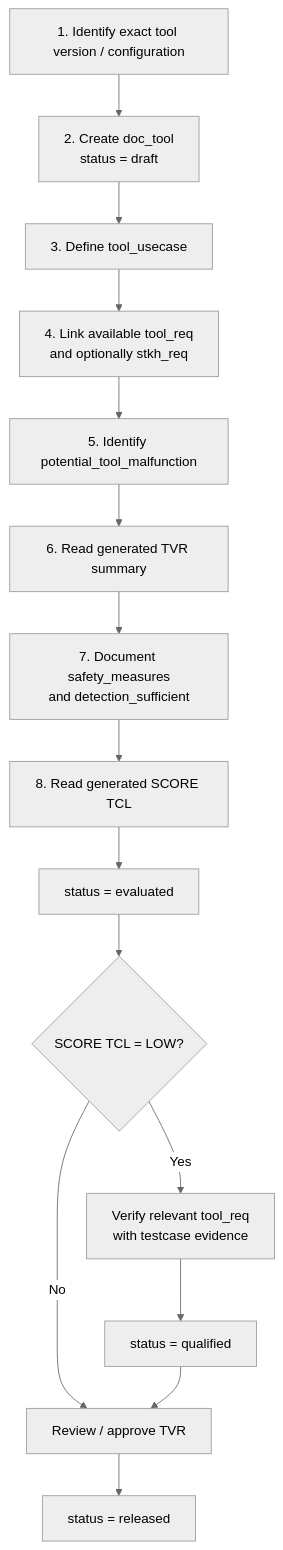
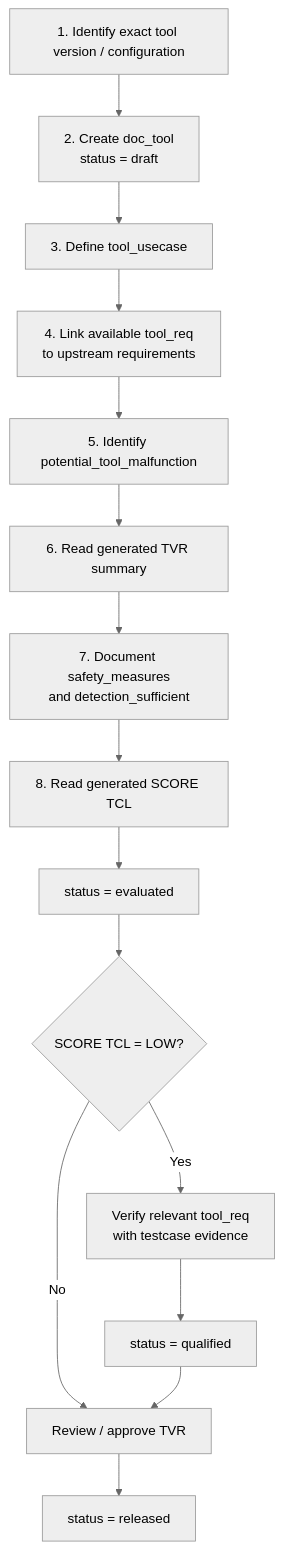
Diagram 15 of 15 in docs/how-to/perform_tool_verification.md (etas-contrib/score_docs-as-code), drawn with Mermaid (neutral theme) before and after one commit. The commit also changed other lines of this file and 7 other files, not shown here.

````diff
--- a/docs/how-to/perform_tool_verification.md
+++ b/docs/how-to/perform_tool_verification.md
@@ -1165,22 +1175,22 @@
 ```{mermaid}
 flowchart TD
     A["1. Identify exact tool version / configuration"]
     B["2. Create doc_tool<br/>status = draft"]
     C["3. Define tool_usecase"]
-    D["4. Link available tool_req<br/>and optionally stkh_req"]
+    D["4. Link available tool_req<br/>to upstream requirements"]
     E["5. Identify potential_tool_malfunction"]
     F["6. Read generated TVR summary"]
     G["7. Document safety_measures<br/>and detection_sufficient"]
     H["8. Read generated SCORE TCL"]
     I["status = evaluated"]
     J{"SCORE TCL = LOW?"}
     K["Verify relevant tool_req<br/>with testcase evidence"]
     L["status = qualified"]
     M["Review / approve TVR"]
     N["status = released"]
 
     A --> B --> C --> D --> E --> F --> G --> H --> I --> J
     J -->|"No"| M
     J -->|"Yes"| K --> L --> M
     M --> N
 ```
````
